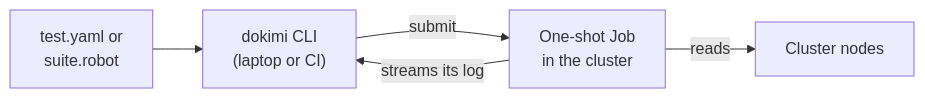
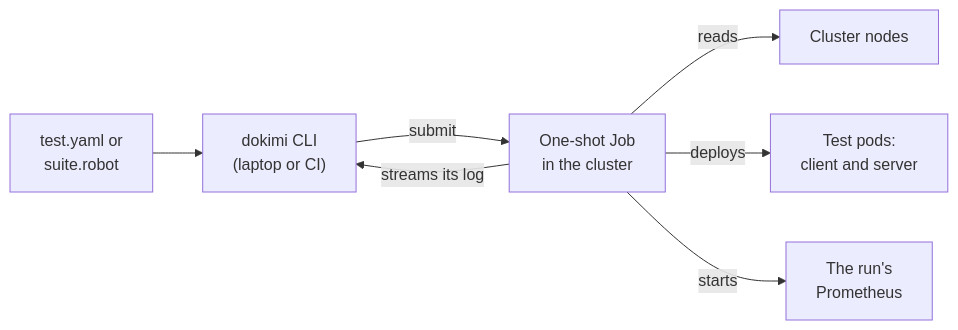
The diagram in docs/how-it-works.md (dokimi-io/dokimi-website), drawn with Mermaid before and after one commit. The commit also changed other lines of this file and 11 other files, not shown here.

````diff
--- a/docs/how-it-works.md
+++ b/docs/how-it-works.md
@@ -9,7 +9,9 @@
 ```mermaid
 flowchart LR
     DEF["test.yaml or<br/>suite.robot"] --> CLI["dokimi CLI<br/>(laptop or CI)"]
     CLI -->|submit| JOB["One-shot Job<br/>in the cluster"]
     JOB -->|streams its log| CLI
     JOB -->|reads| NODES["Cluster nodes"]
+    JOB -->|deploys| PODS["Test pods:<br/>client and server"]
+    JOB -->|starts| PROM["The run's<br/>Prometheus"]
 ```
````
